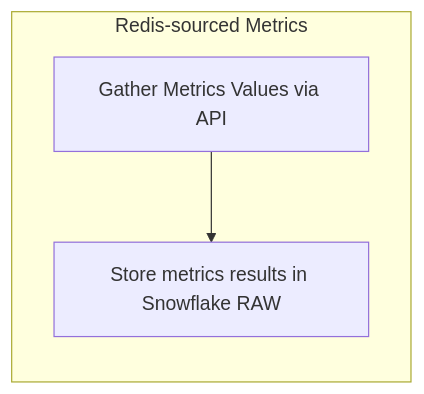
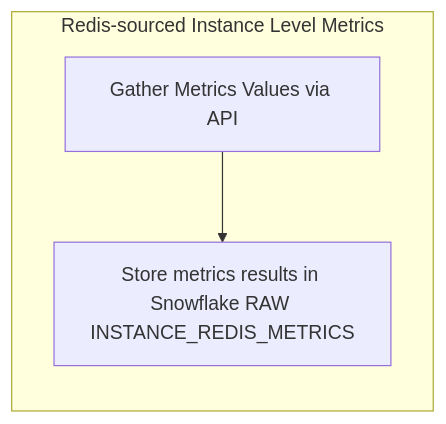
One commit to secretstartups/handbook changed the second of 3 diagrams in business-technology/data-team/data-catalog/saas-service-ping-automation/index.html.md. Above: the diagram before and after it, drawn with Mermaid. The commit also changed other lines of this file, not shown here.

````diff
--- a/business-technology/data-team/data-catalog/saas-service-ping-automation/index.html.md
+++ b/business-technology/data-team/data-catalog/saas-service-ping-automation/index.html.md
@@ -82,6 +82,6 @@
 ```mermaid
 graph LR
-subgraph Redis-sourced Metrics
-B[Gather Metrics Values via API] --> C[Store metrics results in Snowflake RAW]
+subgraph Redis-sourced Instance Level Metrics
+B[Gather Metrics Values via API] --> C[Store metrics results in Snowflake RAW INSTANCE_REDIS_METRICS]
 end
 ```
````
